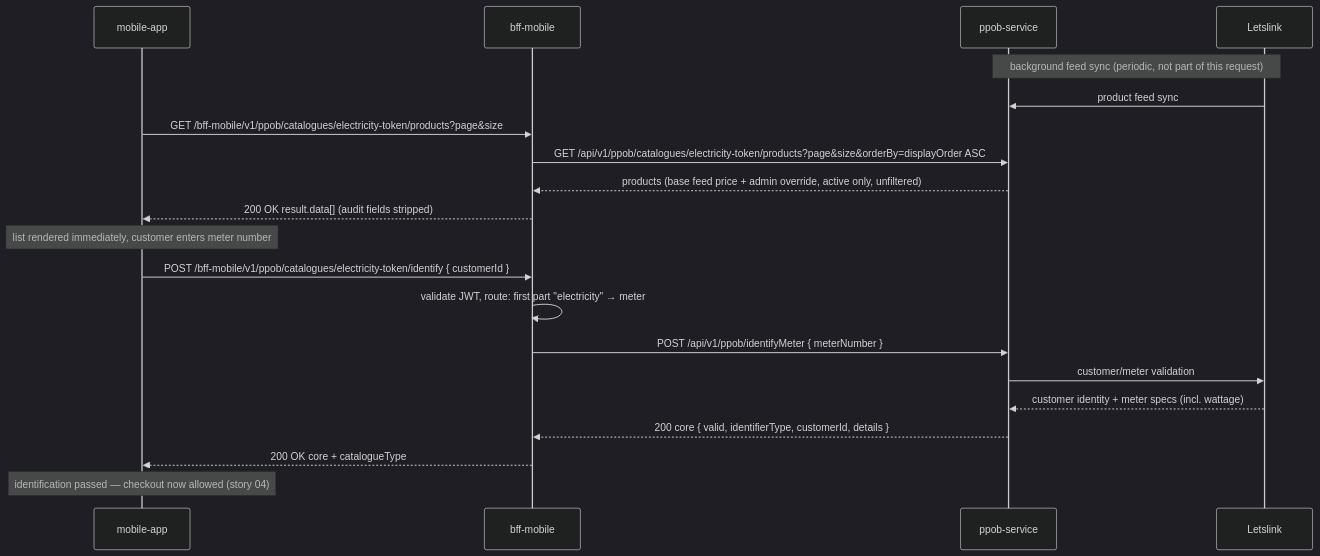
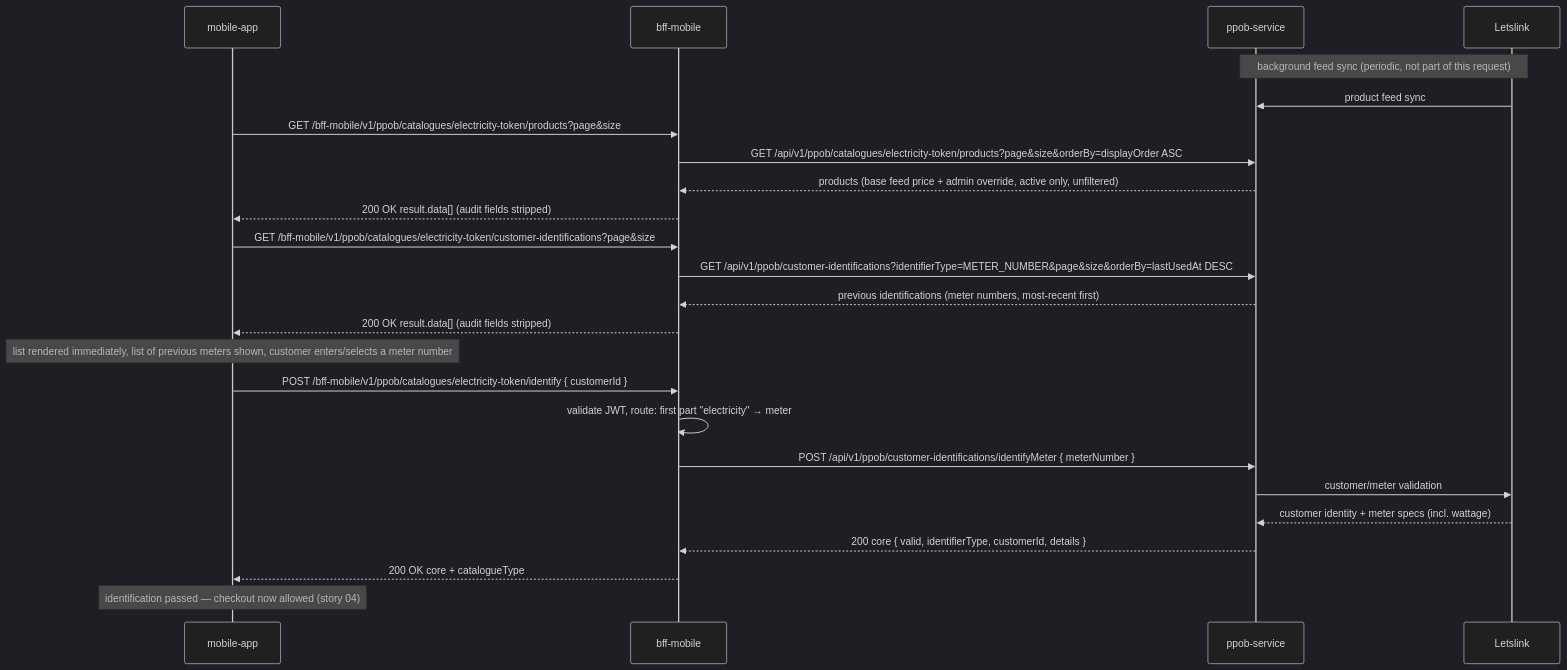
One commit to NaufalA/system-design changed the diagram in designs/ppob-bnpl-pilot/api/stories/02-browse-electricity-token.md. Above: the diagram before and after it, drawn with Mermaid (dark theme). The commit also changed other lines of this file and 8 other files, not shown here.

````diff
--- a/designs/ppob-bnpl-pilot/api/stories/02-browse-electricity-token.md
+++ b/designs/ppob-bnpl-pilot/api/stories/02-browse-electricity-token.md
@@ -7,25 +7,31 @@
 ```mermaid
 sequenceDiagram
     participant app as mobile-app
     participant bff as bff-mobile
     participant ppob as ppob-service
     participant ll as Letslink
 
     Note over ll,ppob: background feed sync (periodic, not part of this request)
     ll->>ppob: product feed sync
 
     app->>bff: GET /bff-mobile/v1/ppob/catalogues/electricity-token/products?page&size
     bff->>ppob: GET /api/v1/ppob/catalogues/electricity-token/products?page&size&orderBy=displayOrder ASC
     ppob-->>bff: products (base feed price + admin override, active only, unfiltered)
     bff-->>app: 200 OK result.data[] (audit fields stripped)
-    Note over app: list rendered immediately, customer enters meter number
+
+    app->>bff: GET /bff-mobile/v1/ppob/catalogues/electricity-token/customer-identifications?page&size
+    bff->>ppob: GET /api/v1/ppob/customer-identifications?identifierType=METER_NUMBER&page&size&orderBy=lastUsedAt DESC
+    ppob-->>bff: previous identifications (meter numbers, most-recent first)
+    bff-->>app: 200 OK result.data[] (audit fields stripped)
+
+    Note over app: list rendered immediately, list of previous meters shown, customer enters/selects a meter number
 
     app->>bff: POST /bff-mobile/v1/ppob/catalogues/electricity-token/identify { customerId }
     bff->>bff: validate JWT, route: first part "electricity" → meter
-    bff->>ppob: POST /api/v1/ppob/identifyMeter { meterNumber }
+    bff->>ppob: POST /api/v1/ppob/customer-identifications/identifyMeter { meterNumber }
     ppob->>ll: customer/meter validation
     ll-->>ppob: customer identity + meter specs (incl. wattage)
     ppob-->>bff: 200 core { valid, identifierType, customerId, details }
     bff-->>app: 200 OK core + catalogueType
     Note over app: identification passed — checkout now allowed (story 04)
 ```
````
